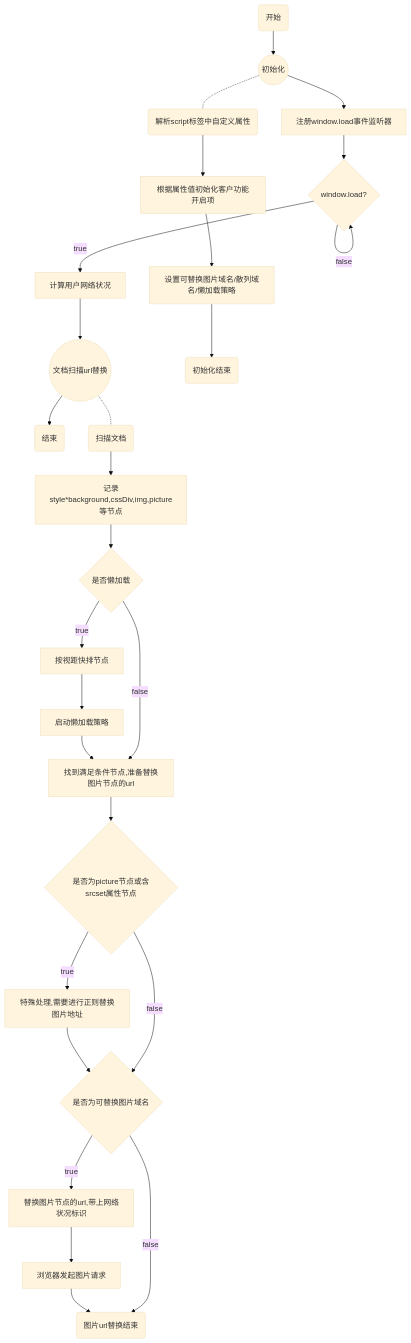
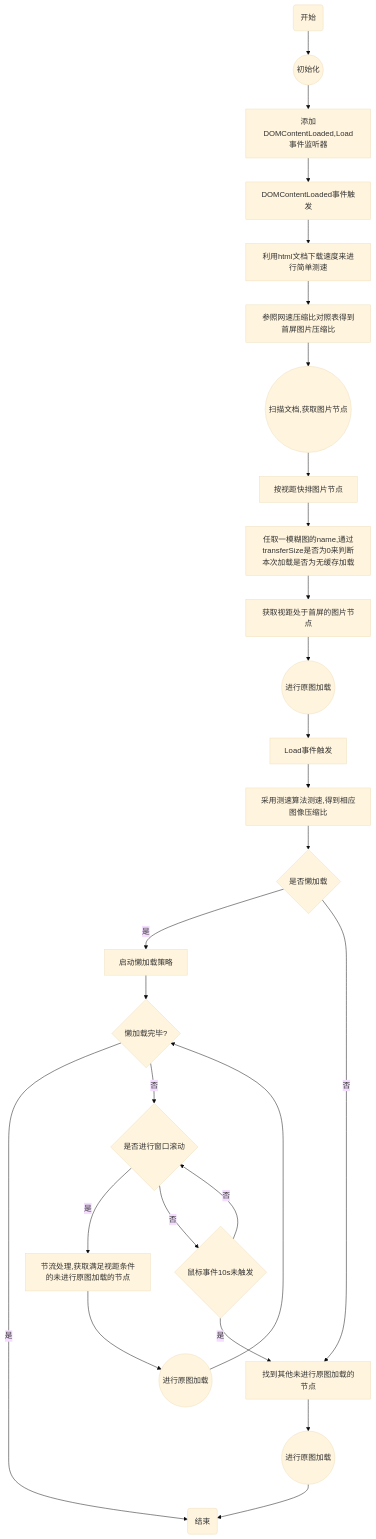
The third of 6 diagrams in Learning/2018Q2/图片分层加载.md (francecil/blog), drawn with Mermaid (base theme) before and after one commit. The commit also changed other lines of this file and 14 other files, not shown here.

````diff
--- a/Learning/2018Q2/图片分层加载.md
+++ b/Learning/2018Q2/图片分层加载.md
@@ -93,29 +93,29 @@
 ```mermaid
 graph TB
   st(开始)-->init((初始化))
-  init-->obs[注册window.load事件监听器]
-  obs-->isload{window.load?}
-  isload--false-->isload
-  isload--true-->cal[计算用户网络状况]
-  cal-->scan((文档扫描url替换))
-  scan-->stop(结束)
-  init-.-evalElement(解析script标签中自定义属性)
-  evalElement-->company[根据属性值初始化客户功能开启项]
-  company-->setHost[设置可替换图片域名/散列域名/懒加载策略]
-  setHost-->initStop(初始化结束)
-  scan-.-scanInit(扫描文档)
-  scanInit-->recordDom[记录style*background,cssDiv,img,picture等节点]
-  recordDom-->islazyLoad{是否懒加载}
-  islazyLoad--true-->sort[按视距快排节点]
-  sort-->lazyload[启动懒加载策略]
-  lazyload-->replace
-  islazyLoad--false-->replace[找到满足条件节点,准备替换图片节点的url]
-  replace-->ismedia{是否为picture节点或含srcset属性节点}
-  ismedia--true-->reg[特殊处理,需要进行正则替换图片地址]
-  reg-->isneedre{是否为可替换图片域名}
-  ismedia--false-->isneedre
-  isneedre--true-->seturl[替换图片节点的url,带上网络状况标识]
-  seturl-->imgreq[浏览器发起图片请求]
-  imgreq-->scanStop(图片url替换结束)
-  isneedre--false-->scanStop
+  init-->obs[添加DOMContentLoaded,Load事件监听器]
+  obs-->DOMContentLoaded[DOMContentLoaded事件触发]
+  DOMContentLoaded-->cal[利用html文档下载速度来进行简单测速]
+  cal-->firstScreenPicSpeed[参照网速压缩比对照表得到首屏图片压缩比]
+  firstScreenPicSpeed-->firstScreen((扫描文档,获取图片节点))
+  firstScreen-->quicksort[按视距快排图片节点]
+  quicksort-->judgeCache[任取一模糊图的name,通过transferSize是否为0来判断本次加载是否为无缓存加载]
+  judgeCache-->firstScreenCal[获取视距处于首屏的图片节点]
+  firstScreenCal-->oripicload((进行原图加载))
+  oripicload-->load[Load事件触发]
+  load-->speedtest[采用测速算法测速,得到相应图像压缩比]
+  speedtest-->islazyLoad{是否懒加载}
+  islazyLoad--是-->lazyload[启动懒加载策略]
+  islazyLoad--否-->replaceOther[找到其他未进行原图加载的节点]
+  replaceOther-->oripicload1((进行原图加载))
+  lazyload-->islazycompleted{懒加载完毕?}
+  islazycompleted--是-->ed(结束)
+  islazycompleted--否-->scall{是否进行窗口滚动}
+  scall--是-->debounceCul[节流处理,获取满足视距条件的未进行原图加载的节点]
+  debounceCul-->oripicload2((进行原图加载))
+  oripicload2-->islazycompleted
+  scall--否-->mousetimeout{鼠标事件10s未触发}
+  mousetimeout--是-->replaceOther
+  mousetimeout--否-->scall
+  oripicload1-->ed
 ```
````
